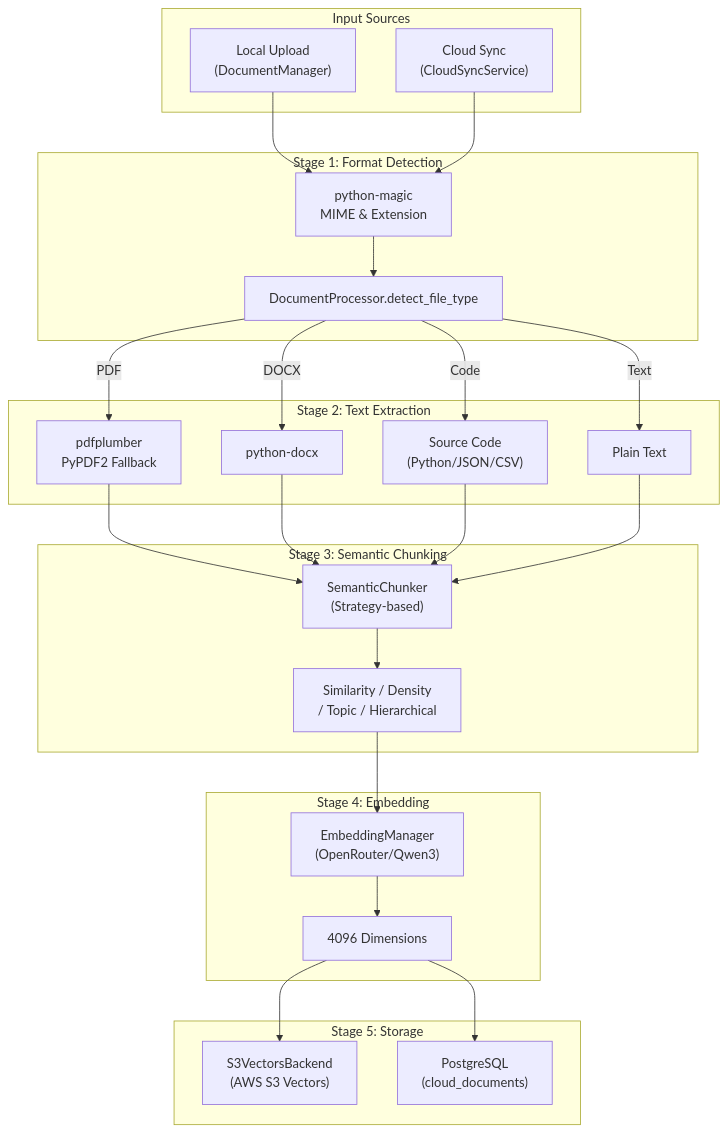
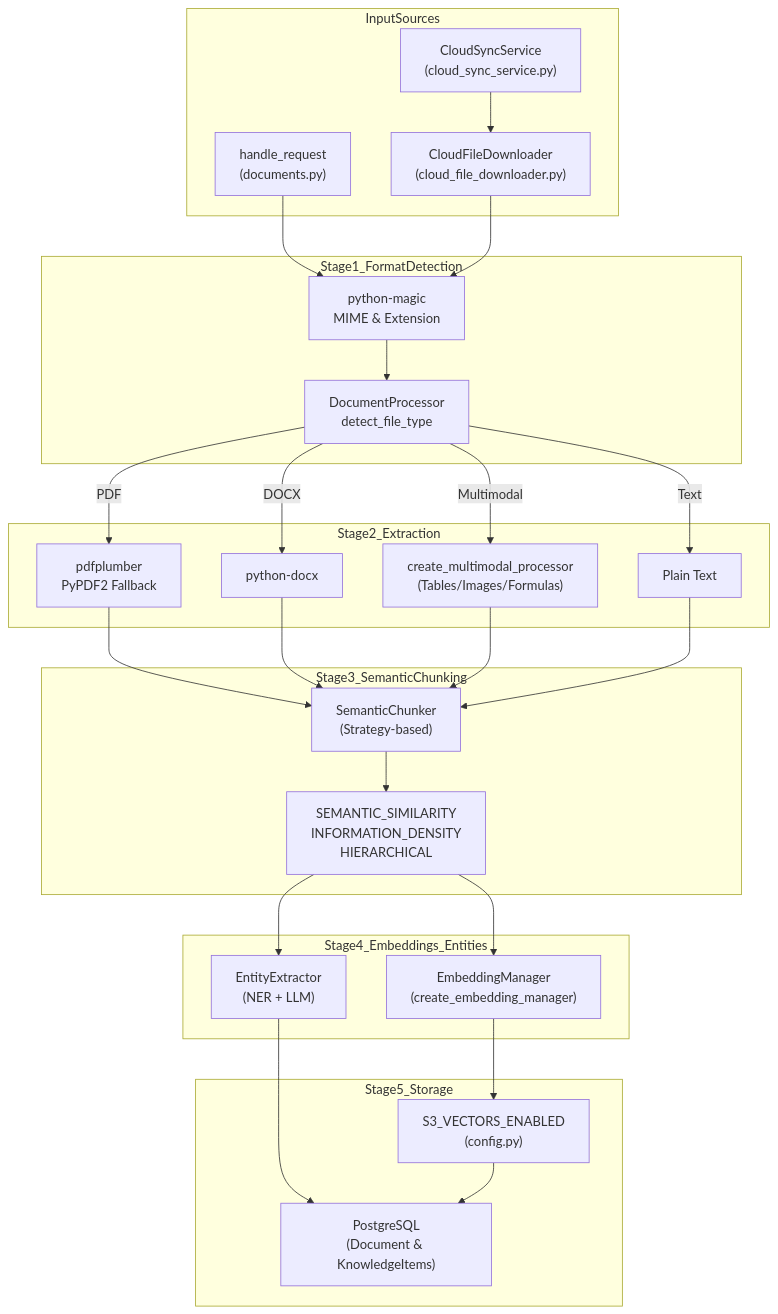
The first of 2 diagrams in docs/knowledge-base-rag/document-ingestion-pipeline.md (AutomatosAI/automatos-ai), drawn with Mermaid before and after one commit. The commit also changed other lines of this file and 153 other files, not shown here.

````diff
--- a/docs/knowledge-base-rag/document-ingestion-pipeline.md
+++ b/docs/knowledge-base-rag/document-ingestion-pipeline.md
@@ -47,55 +39,58 @@
 ```mermaid
 graph TB
-    subgraph "Input Sources"
-        Upload["Local Upload<br/>(DocumentManager)"]
-        CloudSync["Cloud Sync<br/>(CloudSyncService)"]
+    subgraph "InputSources"
+        Upload["handle_request<br/>(documents.py)"]
+        CloudSync["CloudSyncService<br/>(cloud_sync_service.py)"]
+        CloudDown["CloudFileDownloader<br/>(cloud_file_downloader.py)"]
     end
     
-    subgraph "Stage 1: Format Detection"
+    subgraph "Stage1_FormatDetection"
         MagicDetect["python-magic<br/>MIME & Extension"]
-        FormatRoute["DocumentProcessor.detect_file_type"]
+        FormatRoute["DocumentProcessor<br/>detect_file_type"]
     end
     
-    subgraph "Stage 2: Text Extraction"
+    subgraph "Stage2_Extraction"
         PDFExtract["pdfplumber<br/>PyPDF2 Fallback"]
         DOCXExtract["python-docx"]
-        CodeExtract["Source Code<br/>(Python/JSON/CSV)"]
+        MultiModal["create_multimodal_processor<br/>(Tables/Images/Formulas)"]
         TextExtract["Plain Text"]
     end
     
-    subgraph "Stage 3: Semantic Chunking"
+    subgraph "Stage3_SemanticChunking"
         SemanticChunker["SemanticChunker<br/>(Strategy-based)"]
-        Strategies["Similarity / Density<br/>/ Topic / Hierarchical"]
+        Strategies["SEMANTIC_SIMILARITY<br/>INFORMATION_DENSITY<br/>HIERARCHICAL"]
     end
     
-    subgraph "Stage 4: Embedding"
-        EmbedMgr["EmbeddingManager<br/>(OpenRouter/Qwen3)"]
-        VectorDim["4096 Dimensions"]
+    subgraph "Stage4_Embeddings_Entities"
+        EmbedMgr["EmbeddingManager<br/>(create_embedding_manager)"]
+        EntityExt["EntityExtractor<br/>(NER + LLM)"]
     end
     
-    subgraph "Stage 5: Storage"
-        S3Vectors["S3VectorsBackend<br/>(AWS S3 Vectors)"]
-        PGMetadata["PostgreSQL<br/>(cloud_documents)"]
+    subgraph "Stage5_Storage"
+        S3Vectors["S3_VECTORS_ENABLED<br/>(config.py)"]
+        PGMetadata["PostgreSQL<br/>(Document & KnowledgeItems)"]
     end
     
     Upload --> MagicDetect
-    CloudSync --> MagicDetect
+    CloudSync --> CloudDown
+    CloudDown --> MagicDetect
     MagicDetect --> FormatRoute
     
     FormatRoute -->|PDF| PDFExtract
     FormatRoute -->|DOCX| DOCXExtract
-    FormatRoute -->|Code| CodeExtract
+    FormatRoute -->|Multimodal| MultiModal
     FormatRoute -->|Text| TextExtract
     
     PDFExtract --> SemanticChunker
     DOCXExtract --> SemanticChunker
-    CodeExtract --> SemanticChunker
+    MultiModal --> SemanticChunker
     TextExtract --> SemanticChunker
     
     SemanticChunker --> Strategies
     Strategies --> EmbedMgr
-    EmbedMgr --> VectorDim
+    Strategies --> EntityExt
     
-    VectorDim --> S3Vectors
-    VectorDim --> PGMetadata
+    EmbedMgr --> S3Vectors
+    EntityExt --> PGMetadata
+    S3Vectors --> PGMetadata
 ```
````
